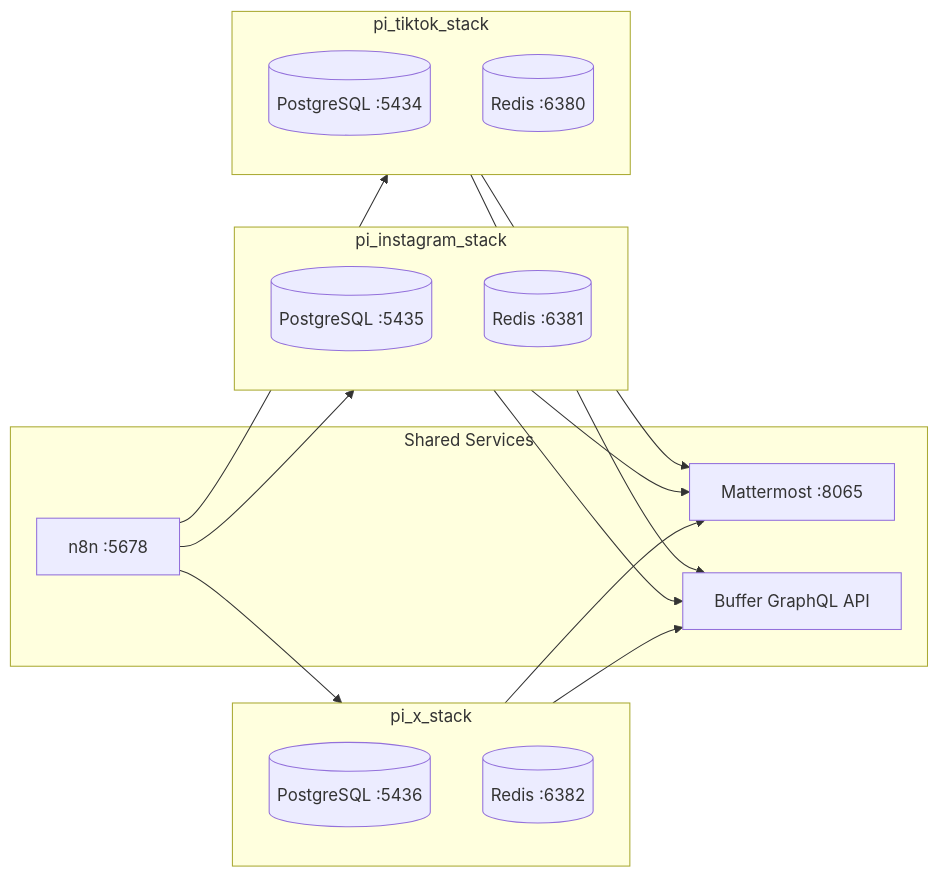
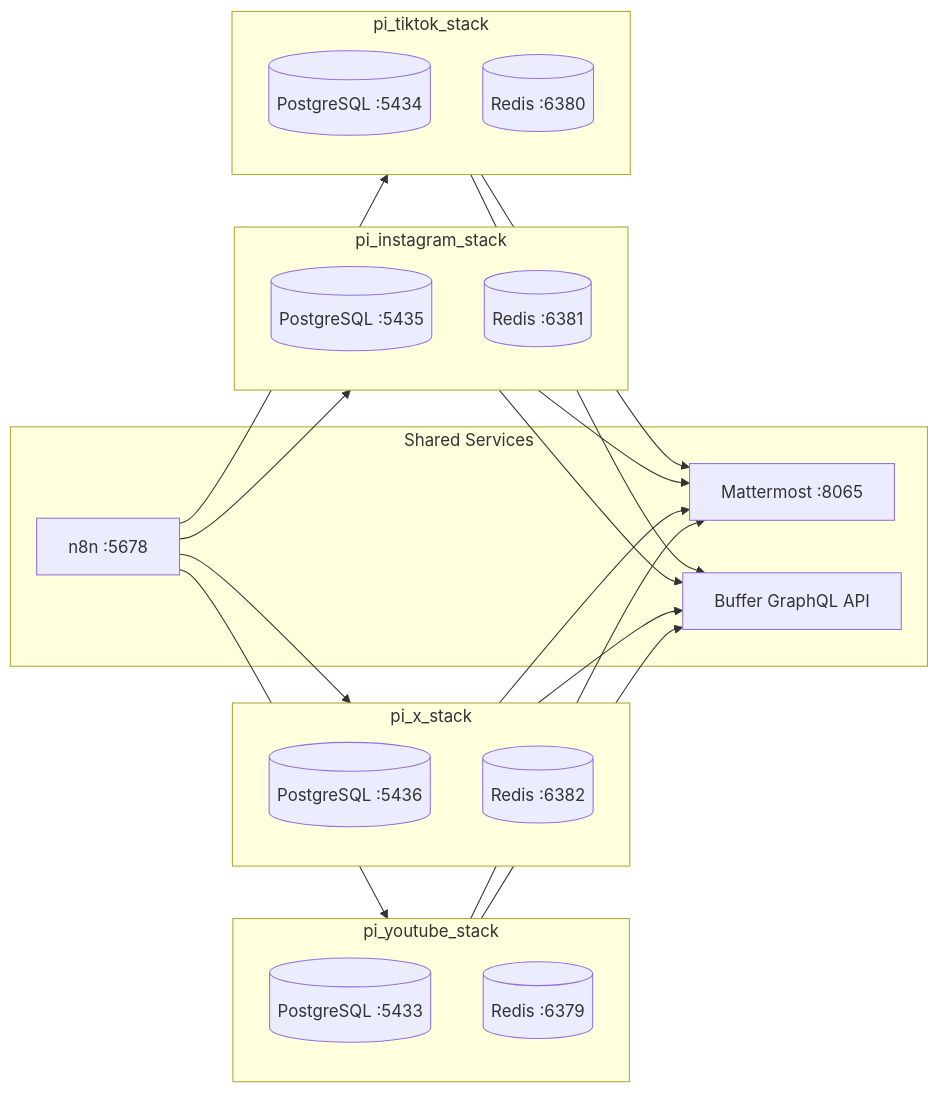
The diagram in README.md (Adamo-97/pi_setup), drawn with Mermaid before and after one commit. The commit also changed other lines of this file and 14 other files, not shown here.

Commit message:
feat: Enhance README and configuration files for YouTube pipeline integration, update service settings, and add Uptime Kuma monitor setup scripts

````diff
--- a/README.md
+++ b/README.md
@@ -33,33 +33,41 @@
 ```mermaid
 flowchart LR
     subgraph Shared["Shared Services"]
         N8N[n8n :5678]
         MM[Mattermost :8065]
         BUFFER[Buffer GraphQL API]
     end
 
     subgraph TikTok["pi_tiktok_stack"]
         TK_PG[(PostgreSQL :5434)]
         TK_RD[(Redis :6380)]
     end
 
     subgraph Instagram["pi_instagram_stack"]
         IG_PG[(PostgreSQL :5435)]
         IG_RD[(Redis :6381)]
     end
 
     subgraph X["pi_x_stack"]
         X_PG[(PostgreSQL :5436)]
         X_RD[(Redis :6382)]
     end
 
+    subgraph YouTube["pi_youtube_stack"]
+        YT_PG[(PostgreSQL :5433)]
+        YT_RD[(Redis :6379)]
+    end
+
     N8N --> TikTok
     N8N --> Instagram
     N8N --> X
+    N8N --> YouTube
     TikTok --> MM
     Instagram --> MM
     X --> MM
+    YouTube --> MM
     TikTok --> BUFFER
     Instagram --> BUFFER
     X --> BUFFER
+    YouTube --> BUFFER
 ```
````
